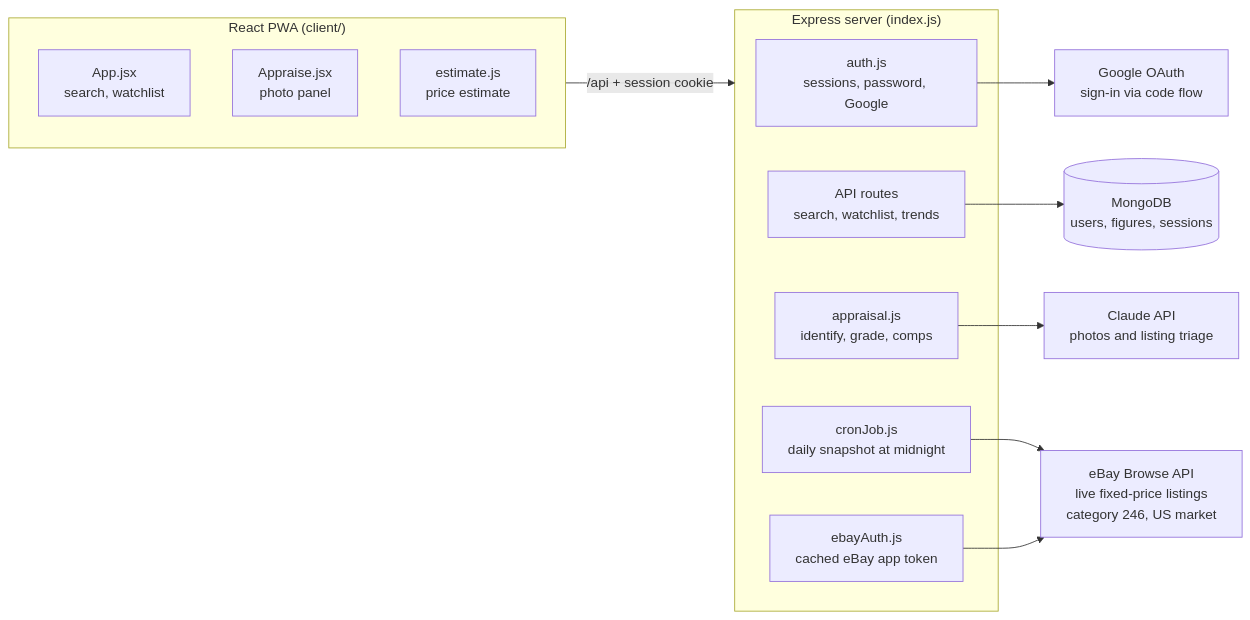
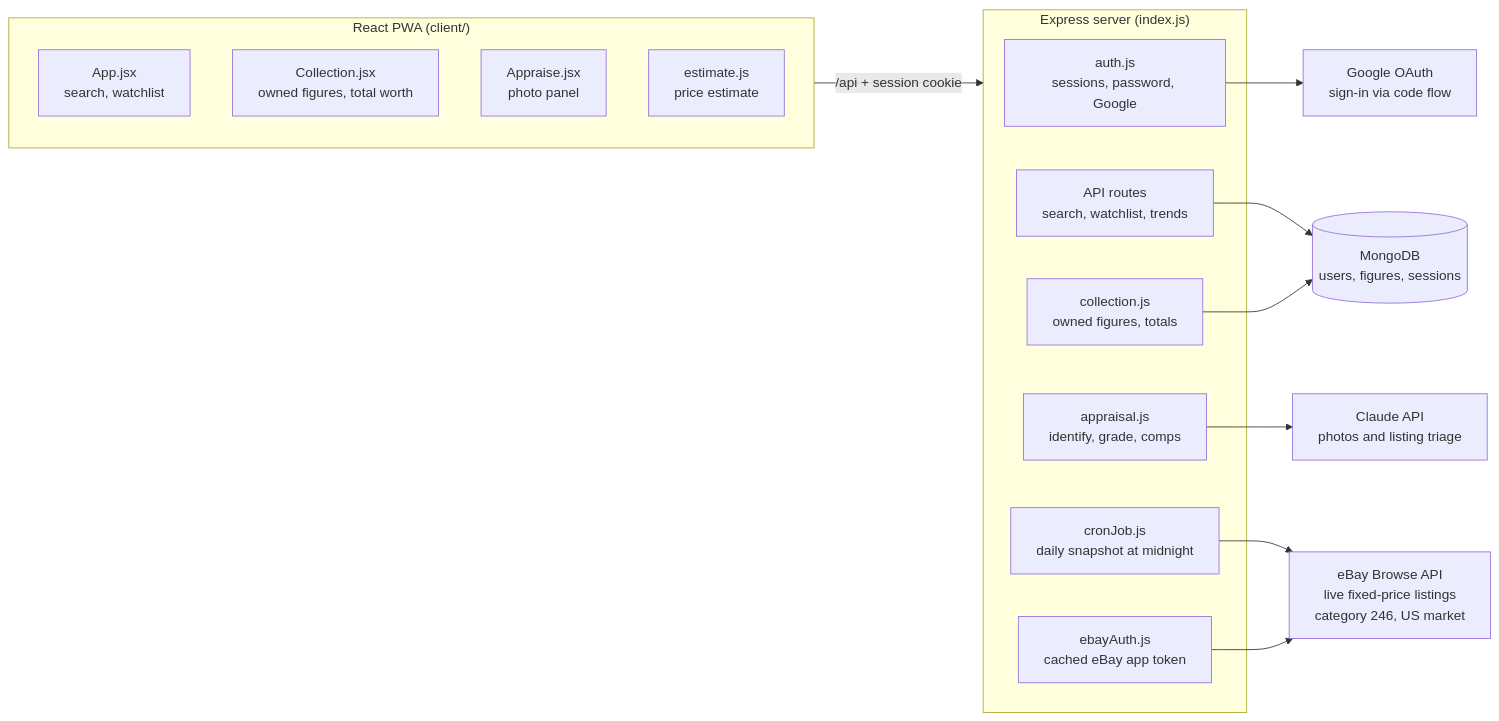
Before and after one commit to zaweb/wrestling-figure-tracker: the diagram in docs/architecture.md, drawn with Mermaid. The commit also changed other lines of this file and 8 other files, not shown here.

````diff
--- a/docs/architecture.md
+++ b/docs/architecture.md
@@ -13,28 +13,31 @@
 ```mermaid
 flowchart LR
   subgraph Client["React PWA (client/)"]
     App["App.jsx<br/>search, watchlist"]
+    Collection["Collection.jsx<br/>owned figures, total worth"]
     Appraise["Appraise.jsx<br/>photo panel"]
     Estimate["estimate.js<br/>price estimate"]
   end
 
   subgraph Server["Express server (index.js)"]
     Auth["auth.js<br/>sessions, password, Google"]
     Routes["API routes<br/>search, watchlist, trends"]
+    CollectionRoutes["collection.js<br/>owned figures, totals"]
     Appraisal["appraisal.js<br/>identify, grade, comps"]
     Cron["cronJob.js<br/>daily snapshot at midnight"]
     EbayAuth["ebayAuth.js<br/>cached eBay app token"]
   end
 
   Google["Google OAuth<br/>sign-in via code flow"]
   Mongo[("MongoDB<br/>users, figures, sessions")]
   Claude["Claude API<br/>photos and listing triage"]
   Ebay["eBay Browse API<br/>live fixed-price listings<br/>category 246, US market"]
 
   Client -- "/api + session cookie" --> Server
   Auth --> Google
   Routes --> Mongo
+  CollectionRoutes --> Mongo
   Appraisal --> Claude
   Cron --> Ebay
   EbayAuth --> Ebay
 ```
````
